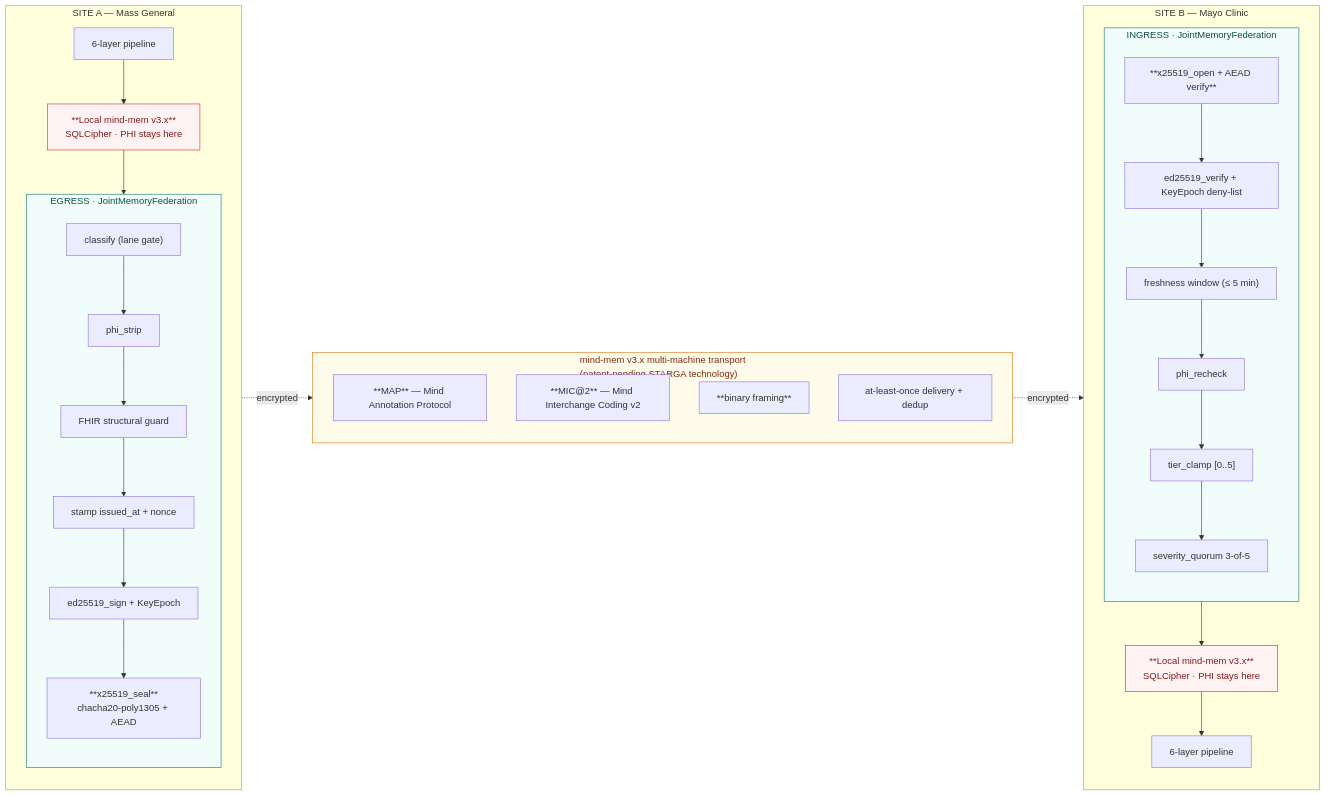
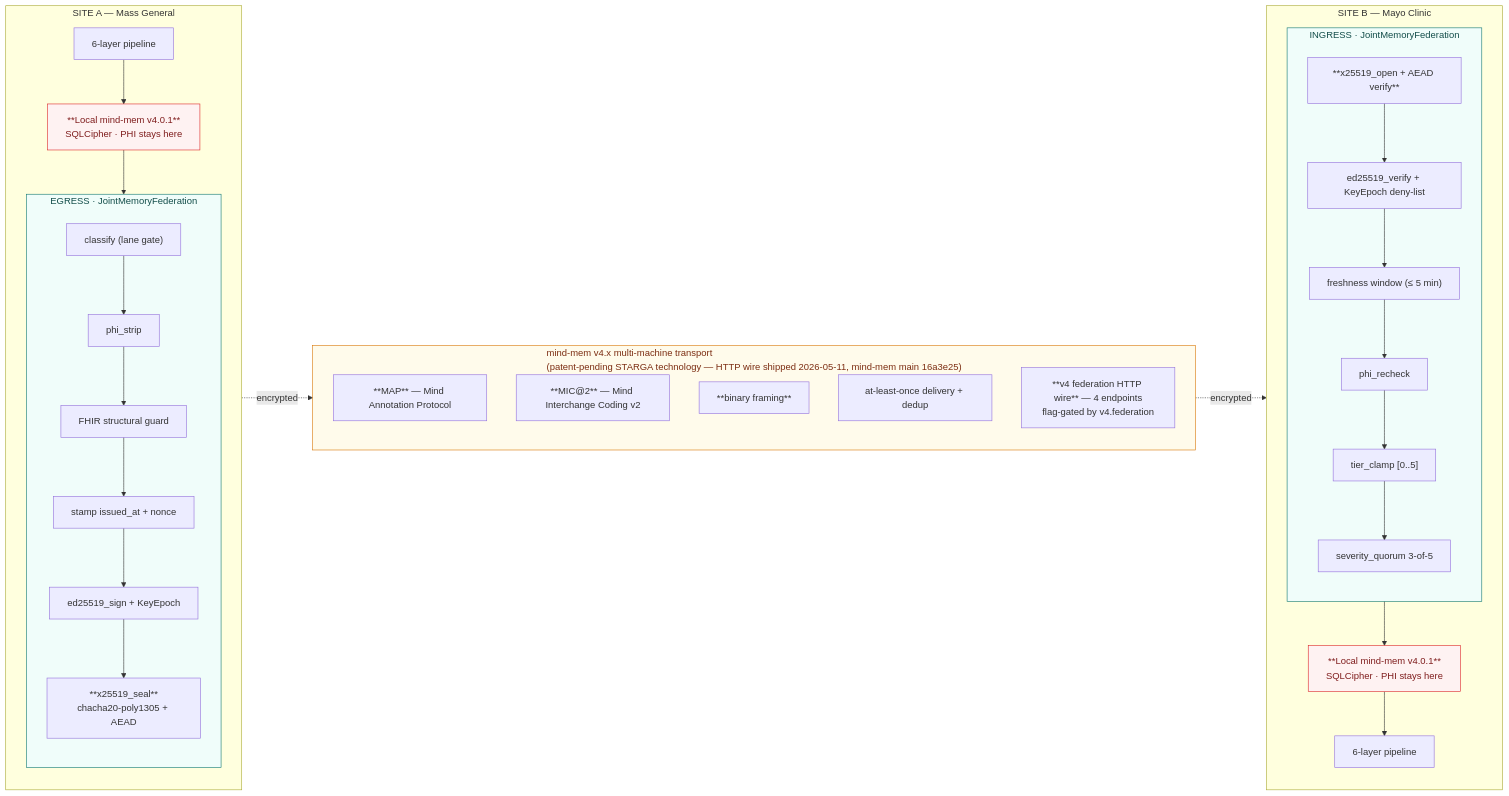
One commit to star-ga/clinicalmem changed the second of 3 diagrams in docs/architecture.md. Above: the diagram before and after it, drawn with Mermaid. The commit also changed other lines of this file and 26 other files, not shown here.

````diff
--- a/docs/architecture.md
+++ b/docs/architecture.md
@@ -66,54 +66,55 @@
 ```mermaid
 flowchart LR
     subgraph SiteA["SITE A — Mass General"]
         direction TB
         A_PIPE["6-layer pipeline"]
-        A_MEM["**Local mind-mem v3.x**<br/>SQLCipher · PHI stays here"]
+        A_MEM["**Local mind-mem v4.0.1**<br/>SQLCipher · PHI stays here"]
         subgraph A_EGRESS["EGRESS · JointMemoryFederation"]
             direction TB
             A1["classify (lane gate)"]
             A2["phi_strip"]
             A3["FHIR structural guard"]
             A4["stamp issued_at + nonce"]
             A5["ed25519_sign + KeyEpoch"]
             A6["**x25519_seal**<br/>chacha20-poly1305 + AEAD"]
             A1 --> A2 --> A3 --> A4 --> A5 --> A6
         end
         A_PIPE --> A_MEM --> A_EGRESS
     end
 
-    subgraph TRANSPORT["mind-mem v3.x multi-machine transport<br/>(patent-pending STARGA technology)"]
+    subgraph TRANSPORT["mind-mem v4.x multi-machine transport<br/>(patent-pending STARGA technology — HTTP wire shipped 2026-05-11, mind-mem main 16a3e25)"]
         direction TB
         T1["**MAP** — Mind Annotation Protocol"]
         T2["**MIC@2** — Mind Interchange Coding v2"]
         T3["**binary framing**"]
         T4["at-least-once delivery + dedup"]
+        T5["**v4 federation HTTP wire** — 4 endpoints<br/>flag-gated by v4.federation"]
     end
 
     subgraph SiteB["SITE B — Mayo Clinic"]
         direction TB
         subgraph B_INGRESS["INGRESS · JointMemoryFederation"]
             direction TB
             B1["**x25519_open + AEAD verify**"]
             B2["ed25519_verify + KeyEpoch deny-list"]
             B3["freshness window (≤ 5 min)"]
             B4["phi_recheck"]
             B5["tier_clamp [0..5]"]
             B6["severity_quorum 3-of-5"]
             B1 --> B2 --> B3 --> B4 --> B5 --> B6
         end
-        B_MEM["**Local mind-mem v3.x**<br/>SQLCipher · PHI stays here"]
+        B_MEM["**Local mind-mem v4.0.1**<br/>SQLCipher · PHI stays here"]
         B_PIPE["6-layer pipeline"]
         B_INGRESS --> B_MEM --> B_PIPE
     end
 
     A_EGRESS -.->|encrypted| TRANSPORT
     TRANSPORT -.->|encrypted| B_INGRESS
 
     classDef phi fill:#FEF2F2,stroke:#dc2626,color:#7f1d1d
     classDef knowledge fill:#F0FDFA,stroke:#0F766E,color:#134E4A
     classDef transport fill:#FFFBEB,stroke:#d97706,color:#7c2d12
     class A_MEM,B_MEM phi
     class A_EGRESS,B_INGRESS knowledge
     class TRANSPORT transport
 ```
````
